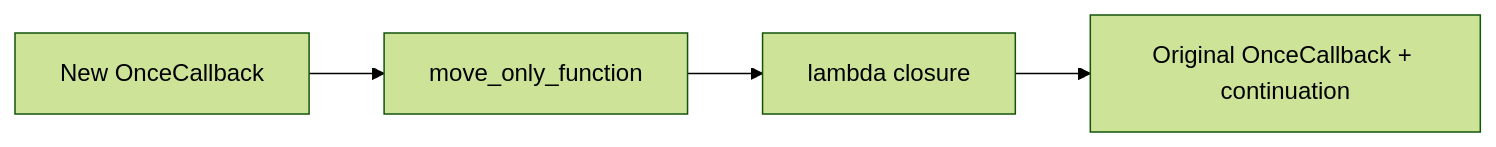
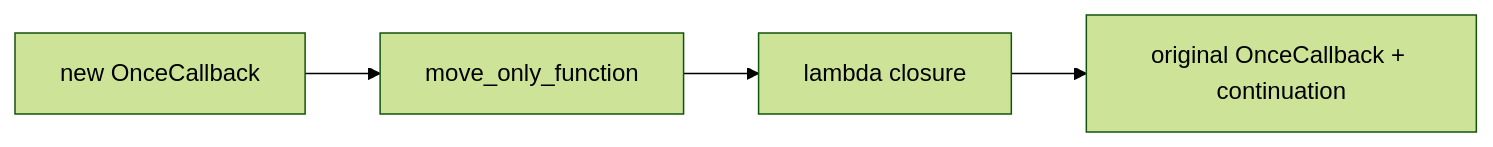
The diagram in documents/en/vol9-open-source-project-learn/chrome/01_once_callback/full/pre-03-once-callback-lambda-advanced.md (Awesome-Embedded-Learning-Studio/Tutorial_AwesomeModernCPP), drawn with Mermaid (forest theme) before and after one commit. The commit also changed other lines of this file and 605 other files, not shown here.

````diff
--- a/documents/en/vol9-open-source-project-learn/chrome/01_once_callback/full/pre-03-once-callback-lambda-advanced.md
+++ b/documents/en/vol9-open-source-project-learn/chrome/01_once_callback/full/pre-03-once-callback-lambda-advanced.md
@@ -126,4 +130,4 @@
 ```mermaid
 graph LR
-    A["New OnceCallback"] --> B["move_only_function"] --> C["lambda closure"] --> D["Original OnceCallback + continuation"]
+    A["new OnceCallback"] --> B["move_only_function"] --> C["lambda closure"] --> D["original OnceCallback + continuation"]
 ```
````
